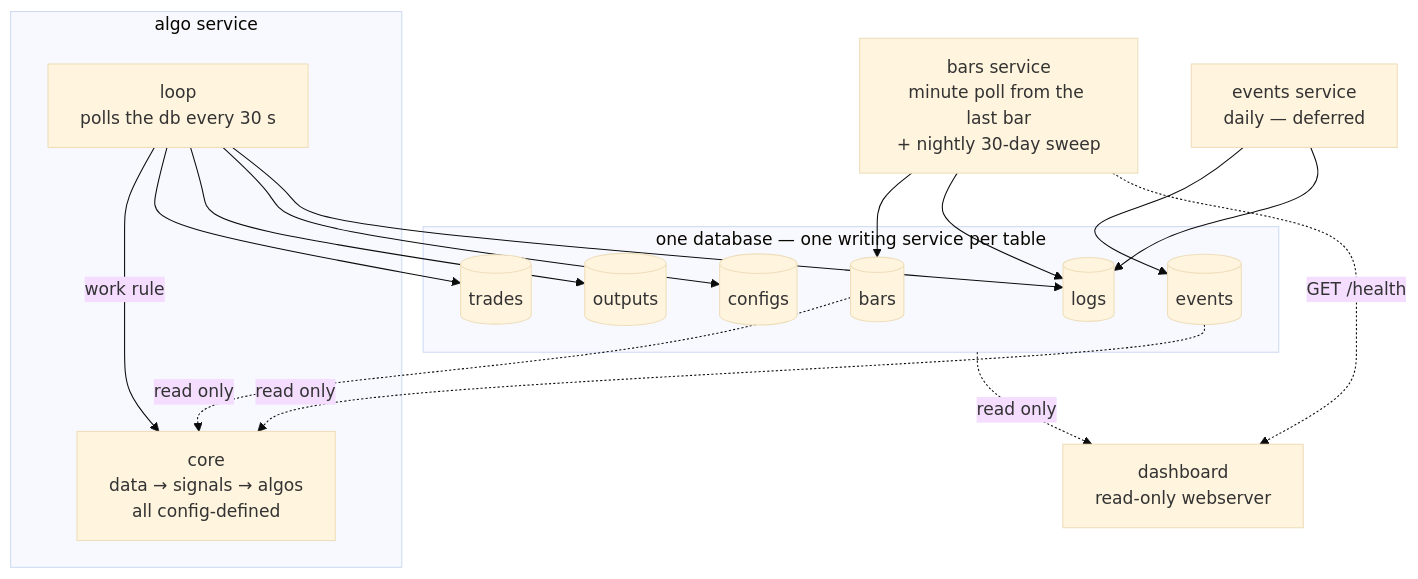
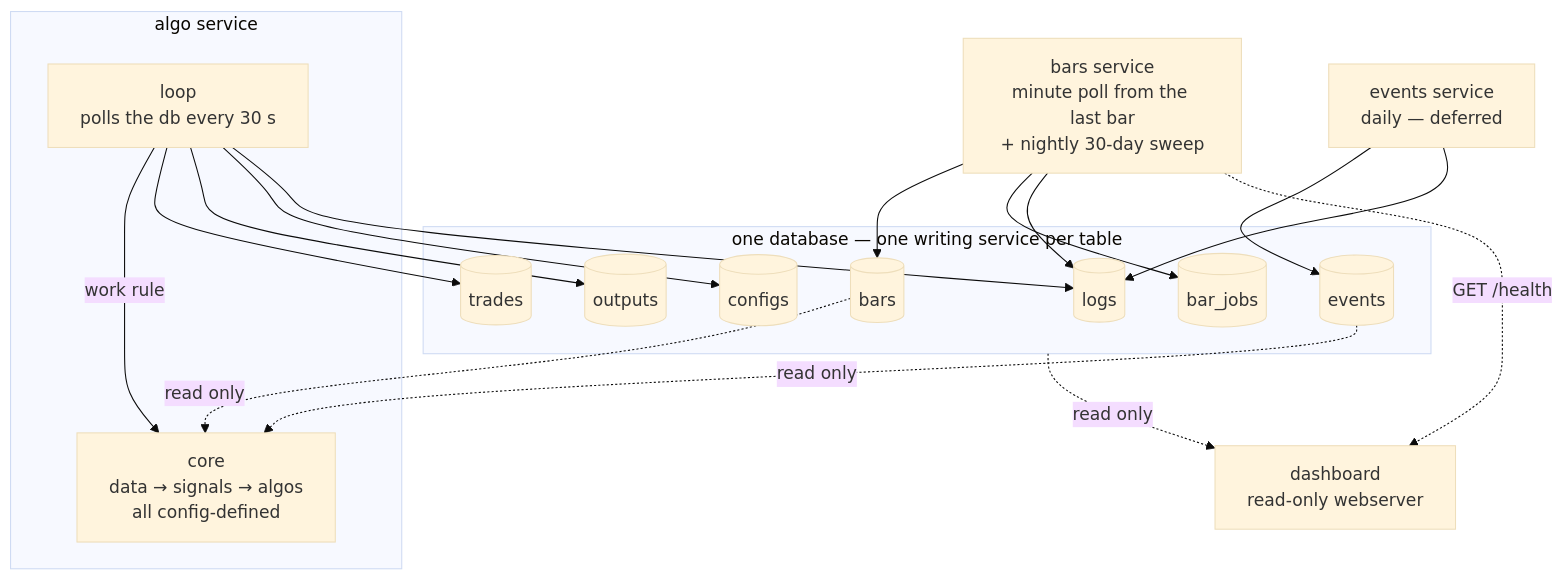
One commit to dongurihouse/trader changed the diagram in design.md. Above: the diagram before and after it, drawn with Mermaid (base theme). The commit also changed other lines of this file and 4 other files, not shown here.

````diff
--- a/design.md
+++ b/design.md
@@ -334,30 +358,32 @@
 ```mermaid
 flowchart TB
     BARS[bars service<br/>minute poll from the last bar<br/>+ nightly 30-day sweep]
     EVENTS[events service<br/>daily — deferred]
 
     BARS --> BT[(bars)]
+    BARS --> BJ[(bar_jobs)]
     EVENTS --> ET[(events)]
 
     subgraph DB [one database — one writing service per table]
         BT
+        BJ
         ET
         TR[(trades)]
         OUT[(outputs)]
         CFG[(configs)]
         LG[(logs)]
     end
 
     subgraph ALGO [algo service]
         LOOP[loop<br/>polls the db every 30 s] -- work rule --> CORE[core<br/>data → signals → algos<br/>all config-defined]
     end
 
     BT -. read only .-> CORE
     ET -. read only .-> CORE
     LOOP --> TR
     LOOP --> OUT
     LOOP --> CFG
     BARS & EVENTS & LOOP --> LG
     DB -. read only .-> DASH[dashboard<br/>read-only webserver]
     BARS -. GET /health .-> DASH
 ```
````
